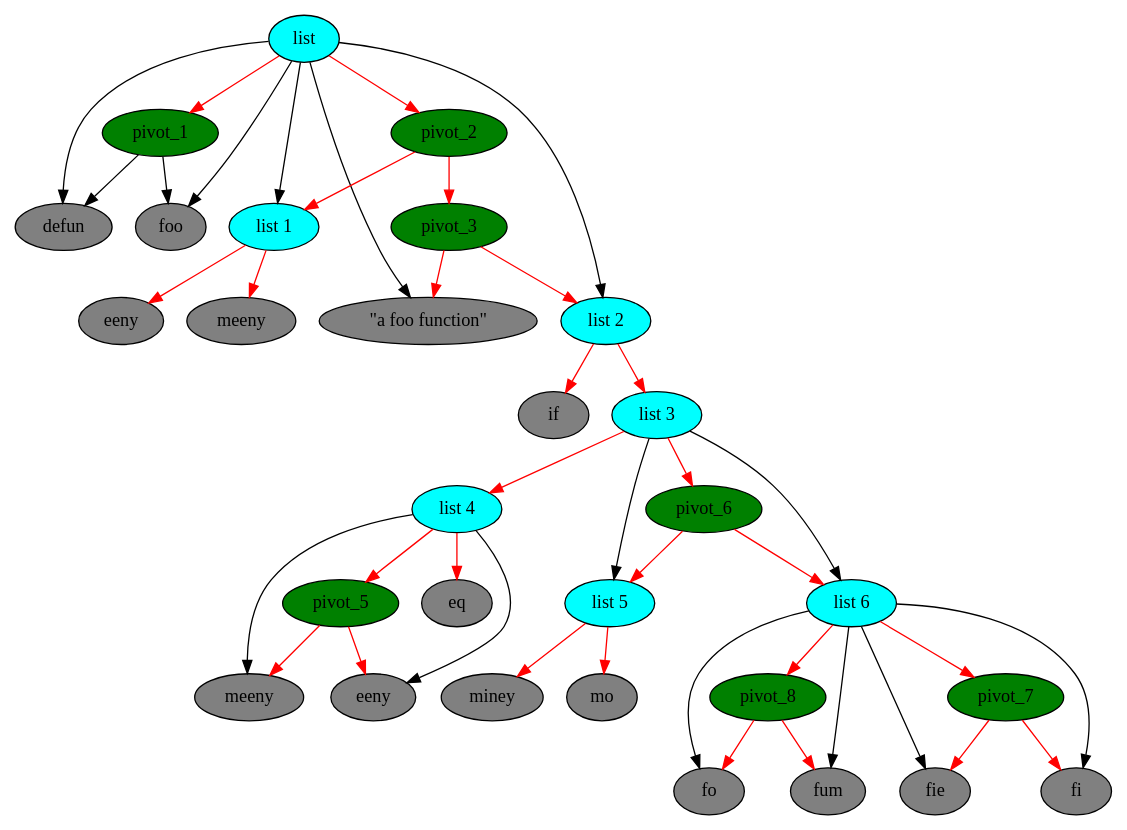
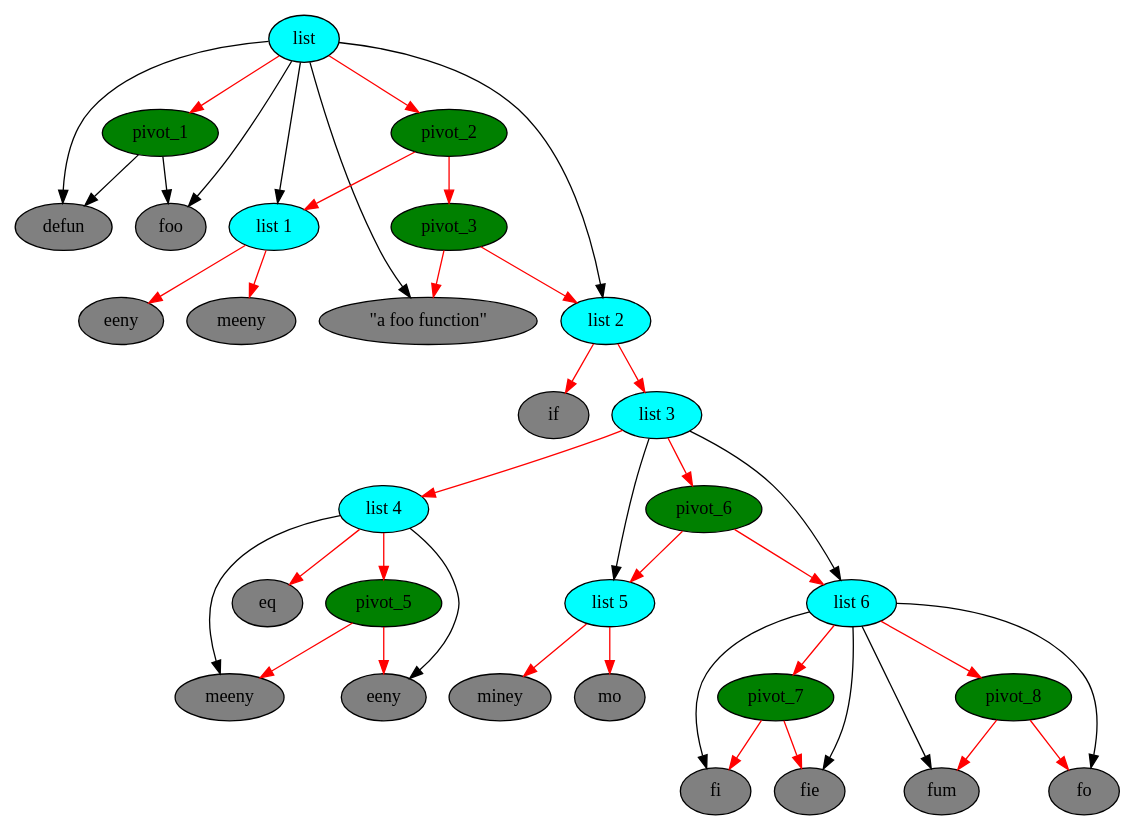
One commit to mnemnion/porch changed the second of 2 diagrams in quipu.org. Above: the diagram before and after it, drawn with Graphviz. The commit also changed other lines of this file, not shown here.

Commit message:
tweaks n reviz

```diff
--- a/quipu.org
+++ b/quipu.org
@@ -206,76 +206,79 @@
 #+begin_src dot :file images/node-pivot-leaf.png  :exports results :cache yes
    digraph G {
   list [label = "list", style = filled, fillcolor = cyan]
   pivot_1 [style = filled, fillcolor = green]
   node_1 [label = "defun", style = filled, fillcolor = gray]
   foo_node [label = "foo", style = filled, fillcolor = gray]
   pivot_2 [style = filled, fillcolor = green]
   list_1 [label = "list 1", style = filled, fillcolor = cyan]
   pivot_3 [style = filled, fillcolor = green]
   node_4 [label = "\"a foo function\"", style = filled, fillcolor = gray]
   list_2 [label = "list 2", style = filled, fillcolor = cyan]
   node_5 [label = "if", style = filled, fillcolor = gray]
   list_3 [label = "list 3", style = filled, fillcolor = cyan]
   list_4 [label = "list 4", style = filled, fillcolor = cyan]
   node_2 [label = "eeny", style = filled, fillcolor = gray]
   node_3 [label = "meeny", style = filled, fillcolor = gray]
   list_5 [label = "list 5", style = filled, fillcolor = cyan]
   list_6 [label = "list 6", style = filled, fillcolor = cyan]
+   pivot_5 [style = filled, fillcolor = green]
   node_6 [label = "eq", style = filled, fillcolor = gray]
 
   node_7 [label = "eeny", style = filled, fillcolor = gray]
   node_8 [label = "meeny", style = filled, fillcolor = gray]
-  pivot_5 [style = filled, fillcolor = green]
   node_9 [label = "miney", style = filled, fillcolor = gray]
   node_10 [label = "mo", style = filled, fillcolor = gray]
   pivot_6 [style = filled, fillcolor = green]
-  pivot_7 [style = filled, fillcolor = green]
-  pivot_8 [style = filled, fillcolor = green]
-  node_11 [label = "fi", style = filled, fillcolor = gray]
-  node_12 [label = "fie", style = filled, fillcolor = gray]
-  node_13 [label = "fo", style = filled, fillcolor = gray]
-  node_14 [label = "fum", style = filled, fillcolor = gray]
+  node_11 [label = "fo", style = filled, fillcolor = gray]
+  node_12 [label = "fum", style = filled, fillcolor = gray]
+  node_13 [label = "fi", style = filled, fillcolor = gray]
+  node_14 [label = "fie", style = filled, fillcolor = gray]
+  pivot_7 [label = "pivot_8", style = filled, fillcolor = green]
+  pivot_8 [label = "pivot_7"style = filled, fillcolor = green]
 
     list -> pivot_1 [color = red]
     list -> node_1
     list -> foo_node
        pivot_1 -> node_1
        pivot_1 -> foo_node
     list -> pivot_2 [color = red]
      pivot_2 -> list_1 [color = red]
      list -> list_1
      list_1 -> node_2  [color = red]
      list_1 -> node_3   [color = red]
      pivot_2 -> pivot_3 [color = red]
      pivot_3 -> node_4  [color = red]
      pivot_3 -> list_2  [color = red]
      list -> node_4
      list -> list_2
      list_2 -> node_5    [color = red]
      list_2 -> list_3   [color = red]
      list_3 -> list_4   [color = red]
      list_4 -> node_6   [color = red]
      list_4 -> node_7
      list_4 -> node_8
      list_4 -> pivot_5   [color = red]
      pivot_5 -> node_7   [color = red]
      pivot_5 -> node_8   [color = red]
      list_3 -> list_5
      list_3 -> pivot_6    [color = red]
      pivot_6 -> list_5    [color = red]
      pivot_6 -> list_6    [color = red]
      list_5 -> node_9    [color = red]
      list_5 -> node_10   [color = red]
      list_3 -> list_6
      list_6 -> node_11
      list_6 -> node_12
-     list_6 -> node_13
-     list_6 -> node_14
      list_6 -> pivot_7      [color = red]
      pivot_7 -> node_11     [color = red]
      pivot_7 -> node_12     [color = red]
      list_6 -> pivot_8      [color = red]
+     list_6 -> node_13
+     list_6 -> node_14
+
+
+
      pivot_8 -> node_13     [color = red]
      pivot_8 -> node_14     [color = red]
   }
 #+end_src
```
